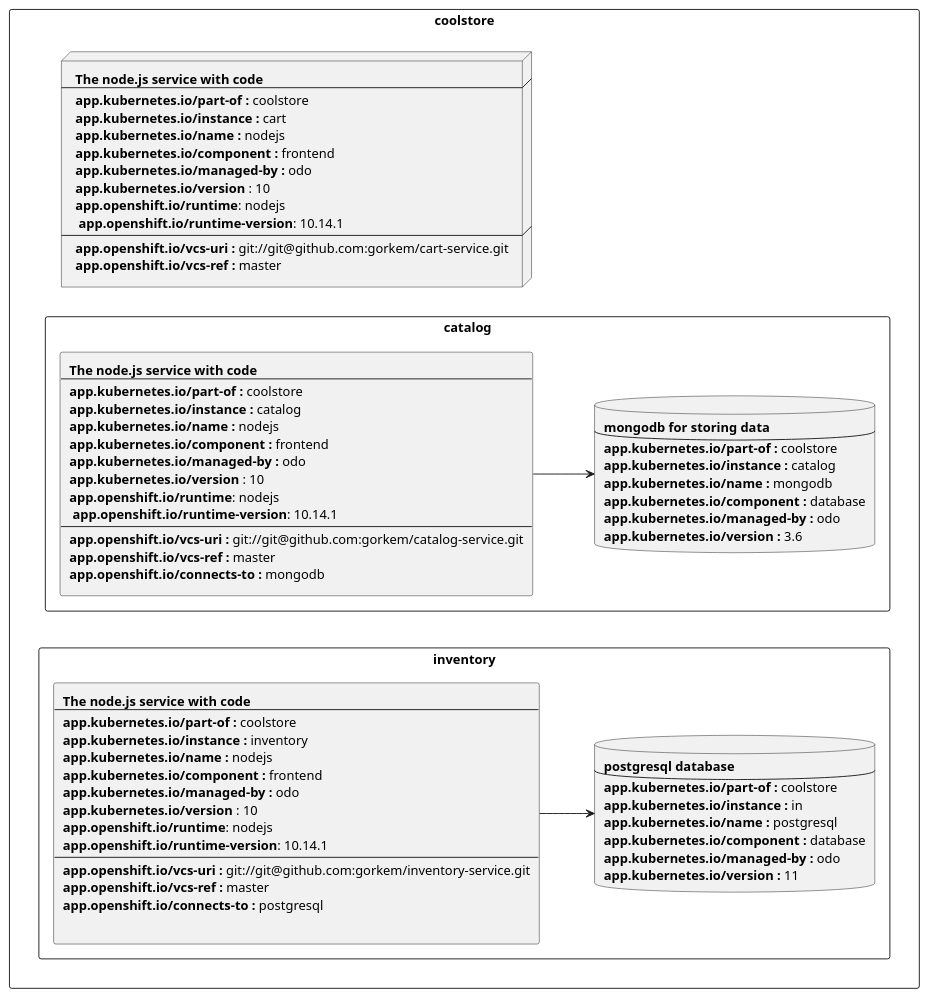
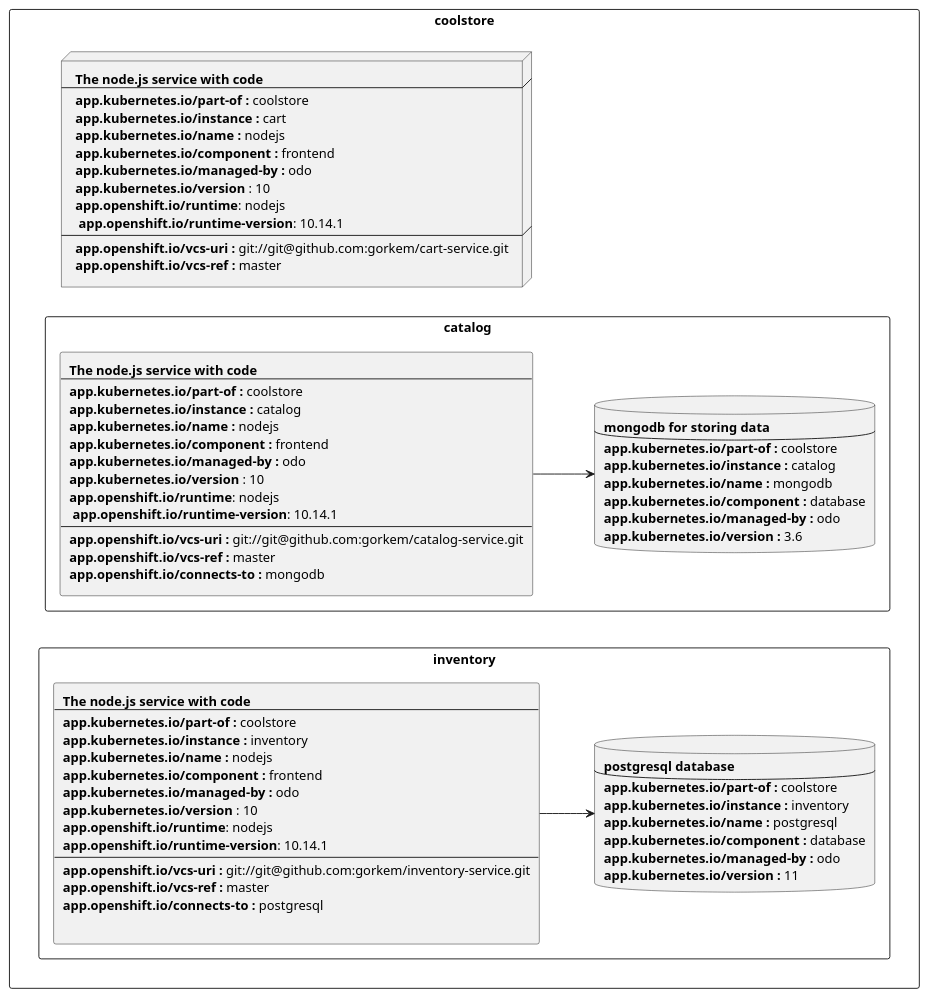
The second of 2 diagrams in labels-annotation-for-openshift.adoc (redhat-developer/app-labels), drawn with PlantUML before and after one commit. The commit also changed other lines of this file, not shown here.

```diff
--- a/labels-annotation-for-openshift.adoc
+++ b/labels-annotation-for-openshift.adoc
@@ -222,7 +222,7 @@
                     <b>postgresql database
                     ----
                     <b>app.kubernetes.io/part-of :</b> coolstore
-                    <b>app.kubernetes.io/instance :</b> in
+                    <b>app.kubernetes.io/instance :</b> inventory
                     <b>app.kubernetes.io/name :</b> postgresql
                     <b>app.kubernetes.io/component :</b> database
                     <b>app.kubernetes.io/managed-by :</b> odo
```
